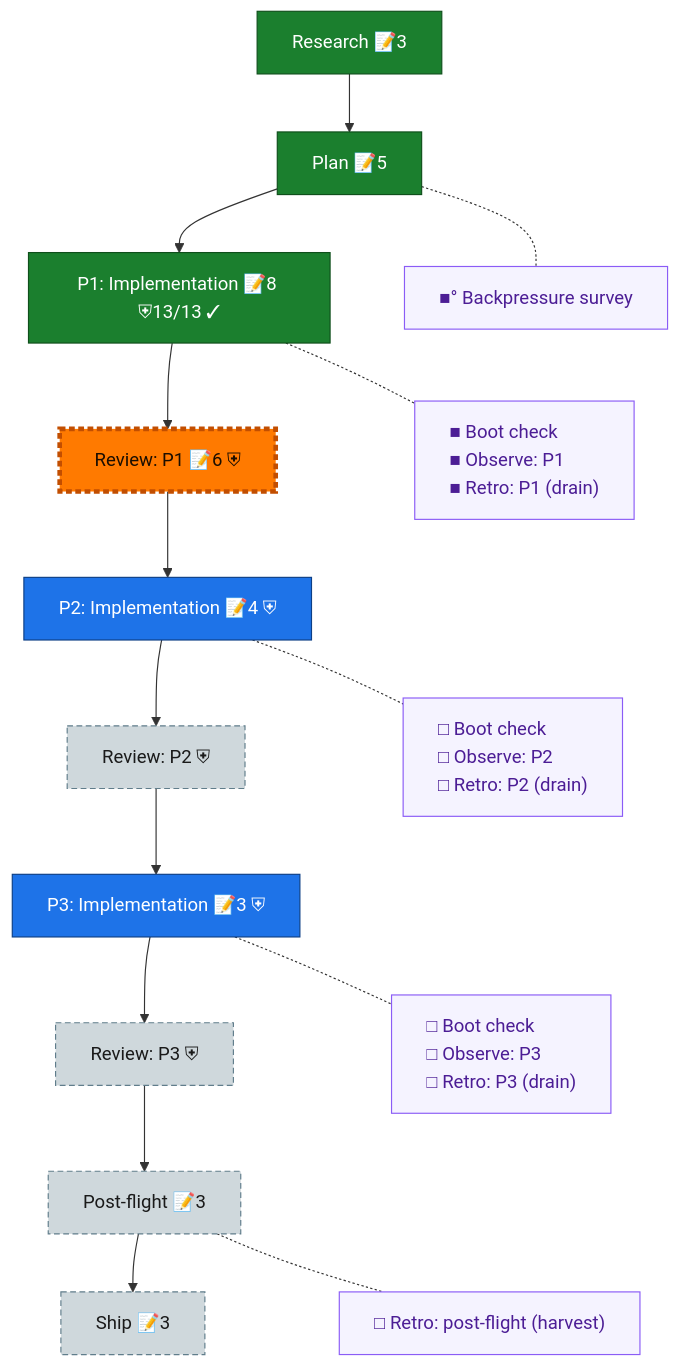
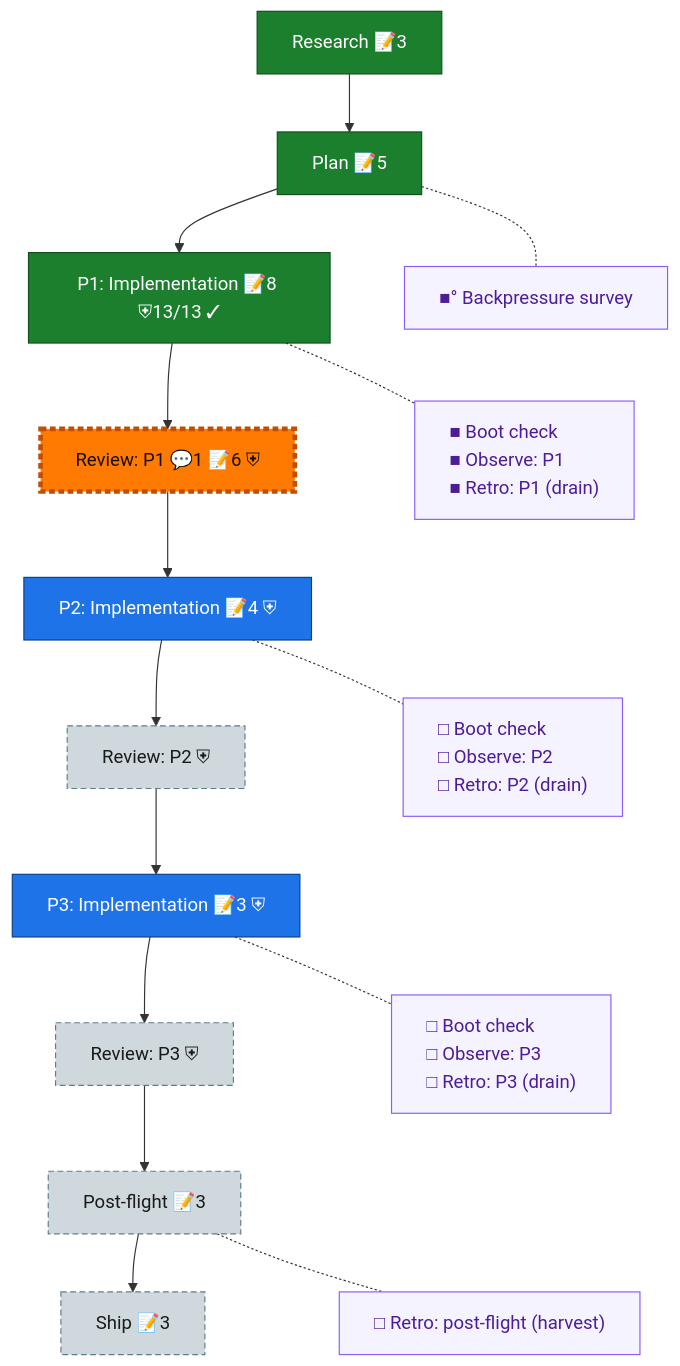
Before and after one commit to AI-Substrate/harness-engineering: the diagram in docs/plans/082-harness-hooks/the-flow.md, drawn with Mermaid. The commit also changed other lines of this file and 1 other file, not shown here.

````diff
--- a/docs/plans/082-harness-hooks/the-flow.md
+++ b/docs/plans/082-harness-hooks/the-flow.md
@@ -8,38 +8,38 @@
 ```mermaid
 flowchart TD
     research["Research 📝3"]:::done
     plan["Plan 📝5"]:::done
     phase_1["P1: Implementation 📝8 ⛨13/13 ✓"]:::done
-    review_1["Review: P1 📝6 ⛨"]:::assumed
+    review_1["Review: P1 💬1 📝6 ⛨"]:::assumed
     phase_2["P2: Implementation 📝4 ⛨"]:::known
     review_2["Review: P2 ⛨"]:::assumed
     phase_3["P3: Implementation 📝3 ⛨"]:::known
     review_3["Review: P3 ⛨"]:::assumed
     post_flight["Post-flight 📝3"]:::assumed
     ship["Ship 📝3"]:::assumed
 
     research --> plan --> phase_1 --> review_1 --> phase_2 --> review_2 --> phase_3 --> review_3 --> post_flight --> ship
 
     planC["■° Backpressure survey"]:::chore
     phase_1C["■ Boot check<br/>■ Observe: P1<br/>■ Retro: P1 (drain)"]:::chore
     phase_2C["□ Boot check<br/>□ Observe: P2<br/>□ Retro: P2 (drain)"]:::chore
     phase_3C["□ Boot check<br/>□ Observe: P3<br/>□ Retro: P3 (drain)"]:::chore
     post_flightC["□ Retro: post-flight (harvest)"]:::chore
 
     %% invisible chain holds the gutter boxes in their own column
     planC ~~~ phase_1C ~~~ phase_2C ~~~ phase_3C ~~~ post_flightC
 
     %% dotted links pull each gutter box beside its node
     plan -.- planC
     phase_1 -.- phase_1C
     phase_2 -.- phase_2C
     phase_3 -.- phase_3C
     post_flight -.- post_flightC
 
     classDef done fill:#1B7F2E,stroke:#0F4F1B,color:#fff;
     classDef known fill:#1E73E8,stroke:#0D3F86,color:#fff;
     classDef assumed fill:#CFD8DC,stroke:#607D8B,color:#1a1a1a,stroke-dasharray:5 3;
     classDef chore fill:#f5f3ff,stroke:#8b5cf6,color:#4c1d95,text-align:left;
     classDef current fill:#FF7A00,stroke:#C24E00,color:#1a0e00,stroke-width:4px;
     class review_1 current;
 ```
````
